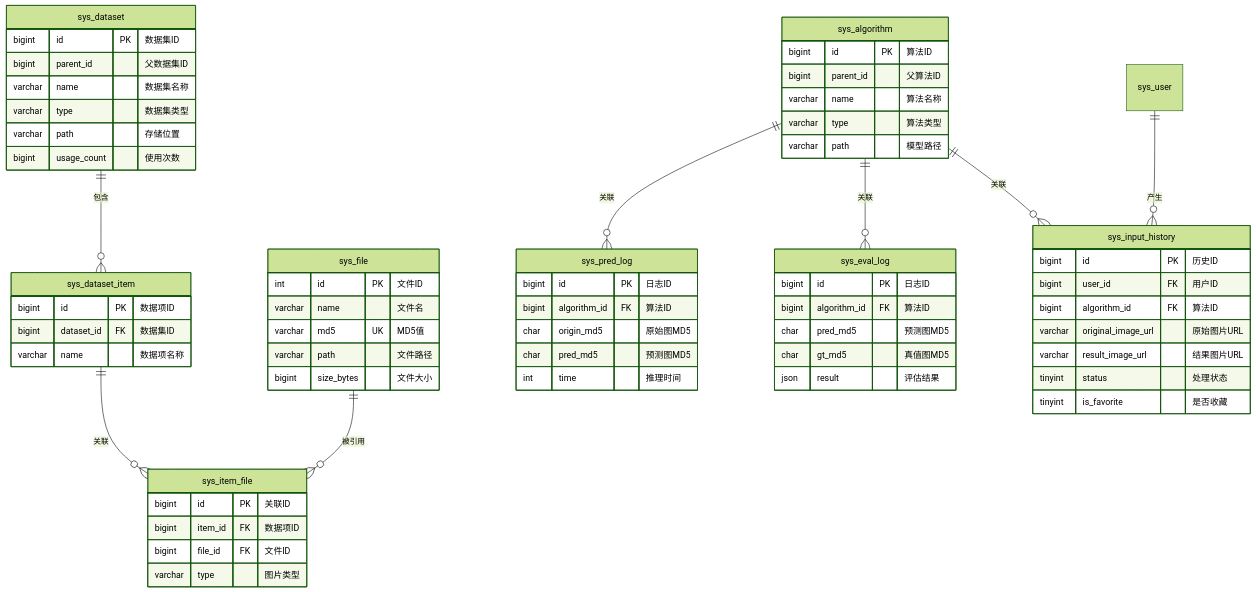
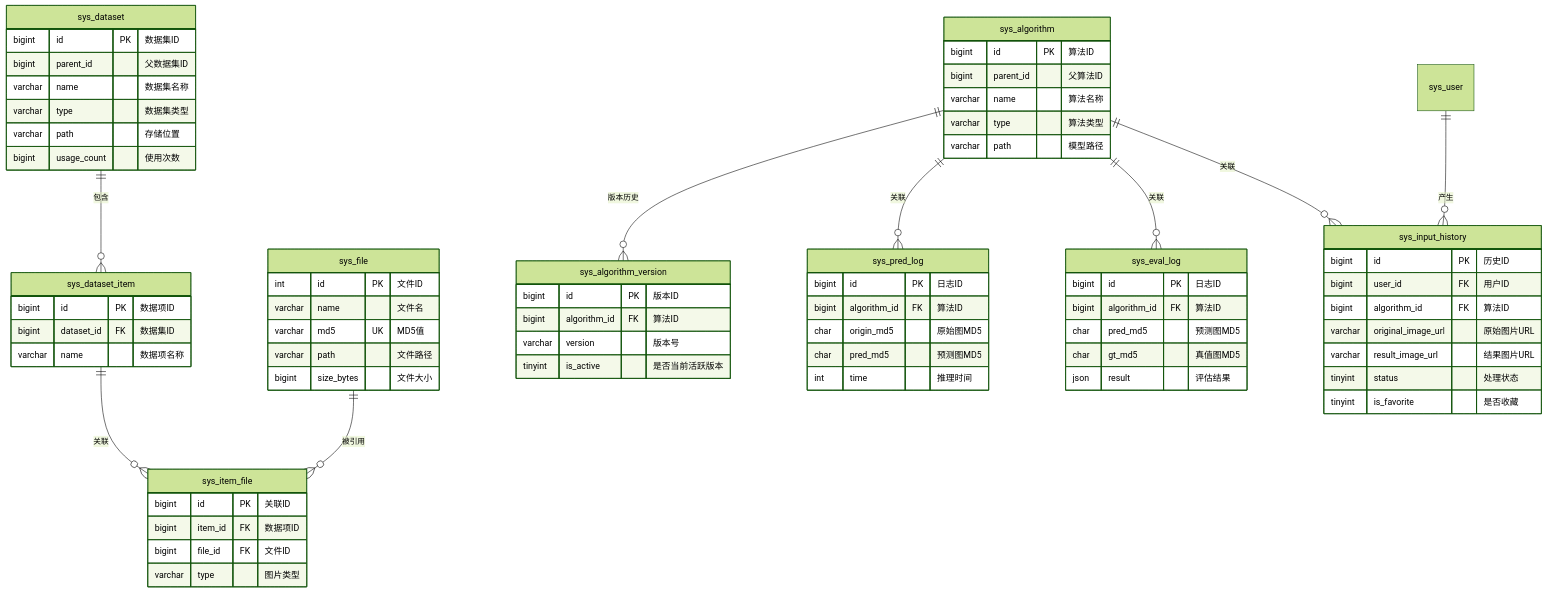
Before and after one commit to earthy-zinc/dehaze-system: the third of 3 diagrams in dehaze-doc/docs/02-系统架构/03-数据库设计.md, drawn with Mermaid (forest theme). The commit also changed other lines of this file and 19 other files, not shown here.

````diff
--- a/dehaze-doc/docs/02-系统架构/03-数据库设计.md
+++ b/dehaze-doc/docs/02-系统架构/03-数据库设计.md
@@ -140,74 +138,82 @@
 ```mermaid
 erDiagram
     sys_dataset ||--o{ sys_dataset_item : "包含"
     sys_dataset_item ||--o{ sys_item_file : "关联"
     sys_file ||--o{ sys_item_file : "被引用"
+    sys_algorithm ||--o{ sys_algorithm_version : "版本历史"
     sys_algorithm ||--o{ sys_pred_log : "关联"
     sys_algorithm ||--o{ sys_eval_log : "关联"
     sys_algorithm ||--o{ sys_input_history : "关联"
     sys_user ||--o{ sys_input_history : "产生"
 
     sys_dataset {
         bigint id PK "数据集ID"
         bigint parent_id "父数据集ID"
         varchar name "数据集名称"
         varchar type "数据集类型"
         varchar path "存储位置"
         bigint usage_count "使用次数"
     }
 
     sys_dataset_item {
         bigint id PK "数据项ID"
         bigint dataset_id FK "数据集ID"
         varchar name "数据项名称"
     }
 
     sys_item_file {
         bigint id PK "关联ID"
         bigint item_id FK "数据项ID"
         bigint file_id FK "文件ID"
         varchar type "图片类型"
     }
 
     sys_file {
         int id PK "文件ID"
         varchar name "文件名"
         varchar md5 UK "MD5值"
         varchar path "文件路径"
         bigint size_bytes "文件大小"
     }
 
     sys_algorithm {
         bigint id PK "算法ID"
         bigint parent_id "父算法ID"
         varchar name "算法名称"
         varchar type "算法类型"
         varchar path "模型路径"
     }
 
+    sys_algorithm_version {
+        bigint id PK "版本ID"
+        bigint algorithm_id FK "算法ID"
+        varchar version "版本号"
+        tinyint is_active "是否当前活跃版本"
+    }
+
     sys_pred_log {
         bigint id PK "日志ID"
         bigint algorithm_id FK "算法ID"
         char origin_md5 "原始图MD5"
         char pred_md5 "预测图MD5"
         int time "推理时间"
     }
 
     sys_eval_log {
         bigint id PK "日志ID"
         bigint algorithm_id FK "算法ID"
         char pred_md5 "预测图MD5"
         char gt_md5 "真值图MD5"
         json result "评估结果"
     }
 
     sys_input_history {
         bigint id PK "历史ID"
         bigint user_id FK "用户ID"
         bigint algorithm_id FK "算法ID"
         varchar original_image_url "原始图片URL"
         varchar result_image_url "结果图片URL"
         tinyint status "处理状态"
         tinyint is_favorite "是否收藏"
     }
 ```
````
